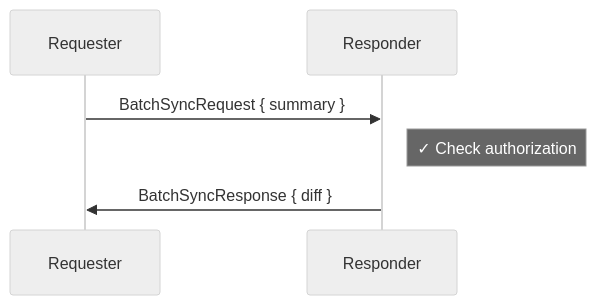
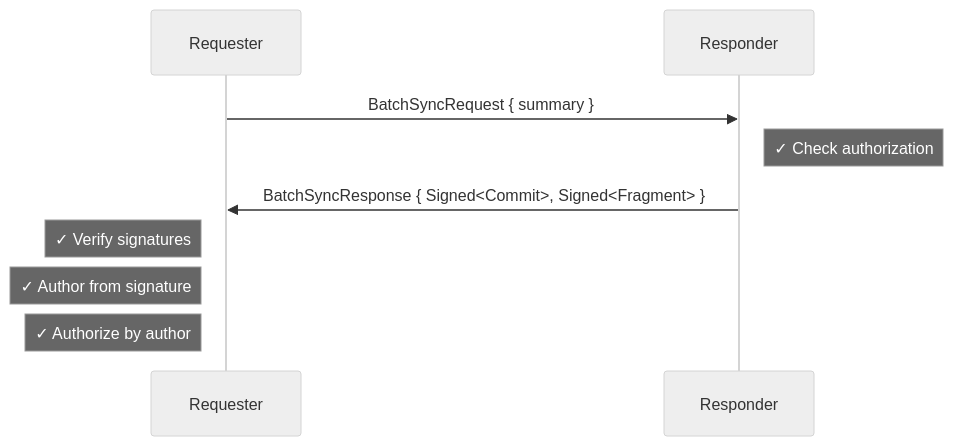
One commit to inkandswitch/subduction changed the second of 3 diagrams in design/security/rationale.md. Above: the diagram before and after it, drawn with Mermaid (neutral theme). The commit also changed other lines of this file and 2 other files, not shown here.

````diff
--- a/design/security/rationale.md
+++ b/design/security/rationale.md
@@ -30,9 +30,12 @@
 ```mermaid
 sequenceDiagram
     participant A as Requester
     participant B as Responder
 
     A->>B: BatchSyncRequest { summary }
     Note right of B: ✓ Check authorization
-    B->>A: BatchSyncResponse { diff }
+    B->>A: BatchSyncResponse { Signed<Commit>, Signed<Fragment> }
+    Note left of A: ✓ Verify signatures
+    Note left of A: ✓ Author from signature
+    Note left of A: ✓ Authorize by author
 ```
````
